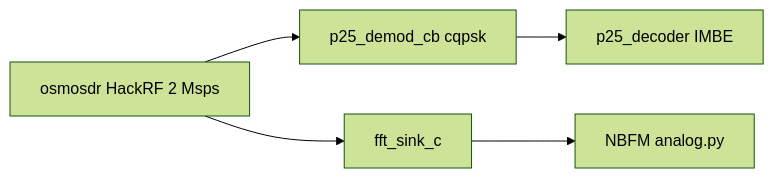
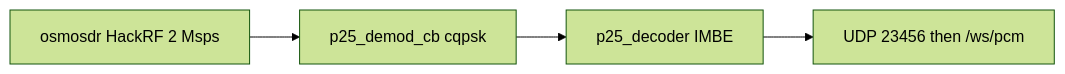
The first of 8 diagrams in README.md (tmdrake/jim-p25), drawn with Mermaid (forest theme) before and after one commit. The commit also changed other lines of this file and 9 other files, not shown here.

````diff
--- a/README.md
+++ b/README.md
@@ -86,11 +86,8 @@
 ```mermaid
 flowchart LR
     src[osmosdr HackRF 2 Msps]
     demod[p25_demod_cb cqpsk]
     dec[p25_decoder IMBE]
-    fft[fft_sink_c]
-    nbfm[NBFM analog.py]
-    src --> demod --> dec
-    src --> fft
-    fft --> nbfm
+    udp[UDP 23456 then /ws/pcm]
+    src --> demod --> dec --> udp
 ```
````
